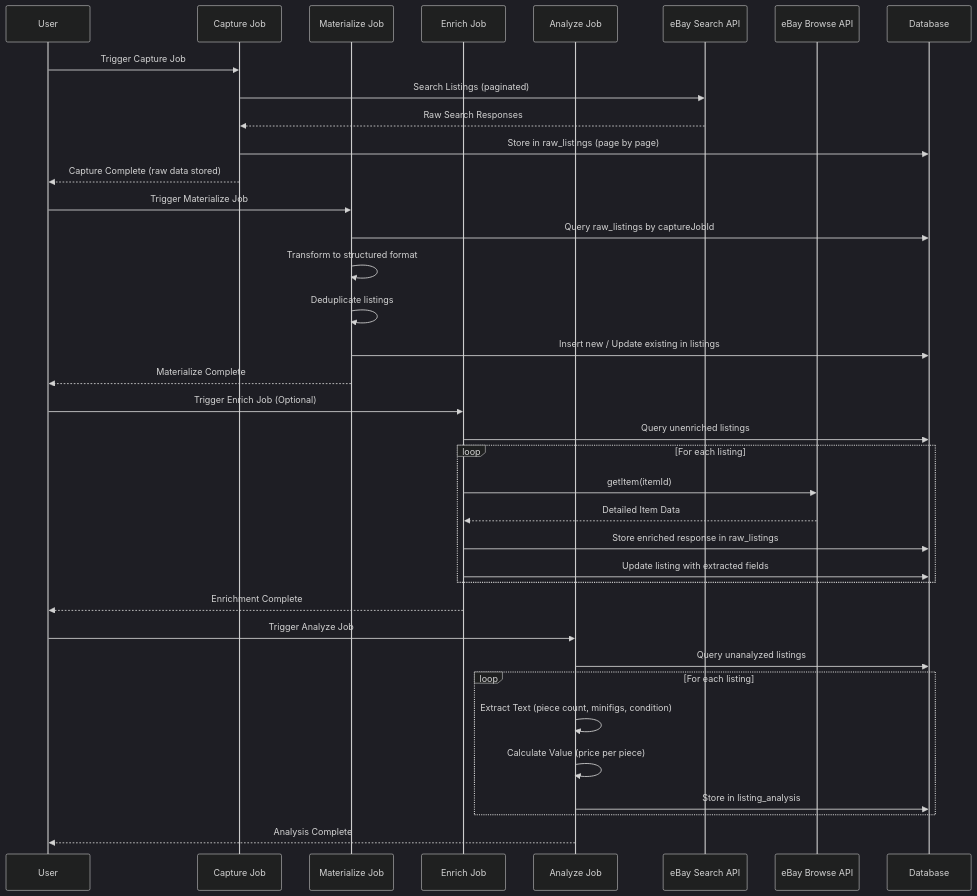
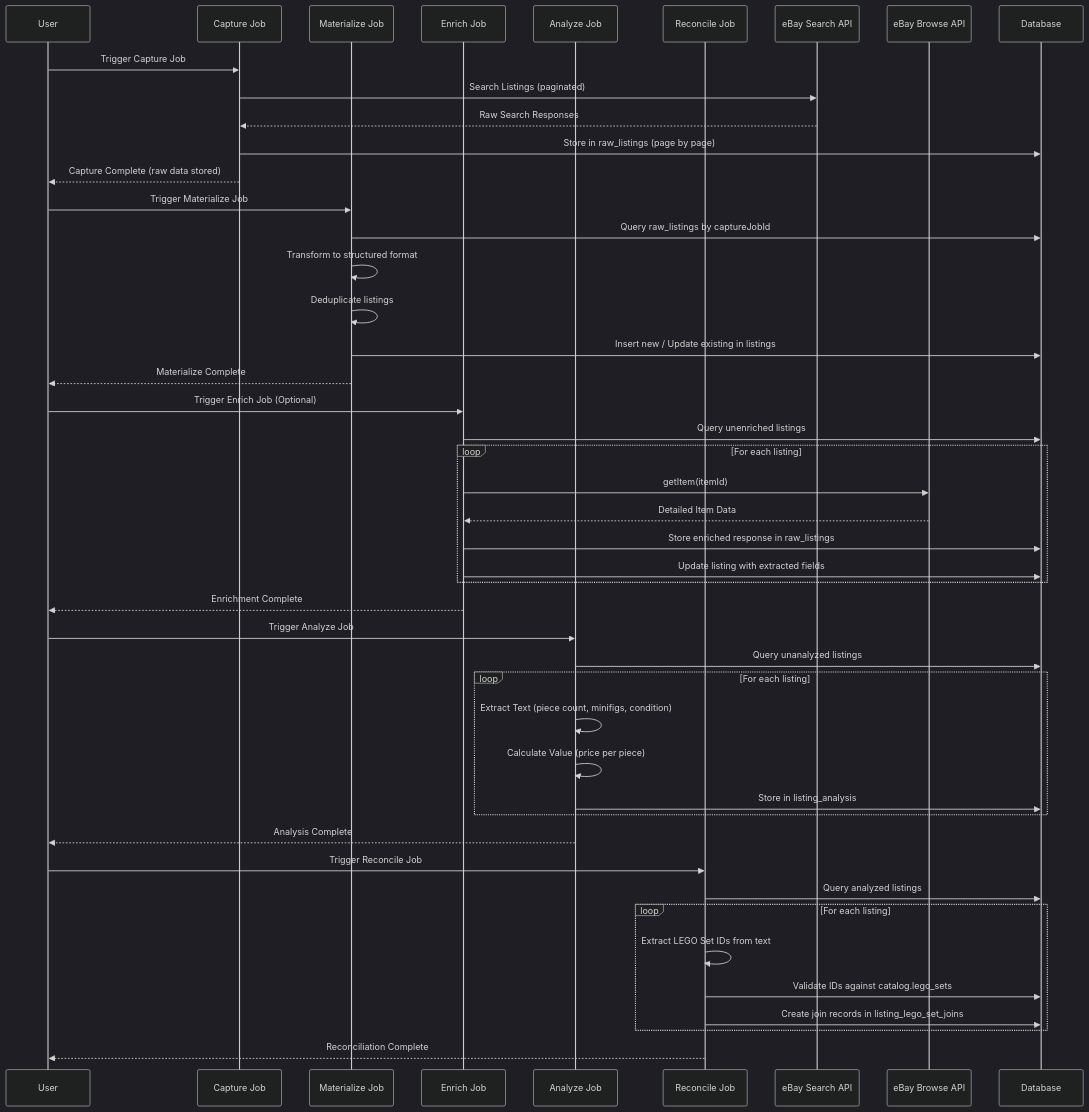
Before and after one commit to jeshuamaxey/brick-index: the second of 3 diagrams in docs/pipeline.md, drawn with Mermaid (dark theme). The commit also changed other lines of this file and 18 other files, not shown here.

First line of the commit message:
feat: add reconcile job to extract and validate LEGO set IDs from listings

````diff
--- a/docs/pipeline.md
+++ b/docs/pipeline.md
@@ -43,43 +50,53 @@
 ```mermaid
 sequenceDiagram
     participant User
     participant Capture as Capture Job
     participant Materialize as Materialize Job
     participant Enrich as Enrich Job
     participant Analyze as Analyze Job
+    participant Reconcile as Reconcile Job
     participant SearchAPI as eBay Search API
     participant BrowseAPI as eBay Browse API
     participant DB as Database
     
     User->>Capture: Trigger Capture Job
     Capture->>SearchAPI: Search Listings (paginated)
     SearchAPI-->>Capture: Raw Search Responses
     Capture->>DB: Store in raw_listings (page by page)
     Capture-->>User: Capture Complete (raw data stored)
     
     User->>Materialize: Trigger Materialize Job
     Materialize->>DB: Query raw_listings by captureJobId
     Materialize->>Materialize: Transform to structured format
     Materialize->>Materialize: Deduplicate listings
     Materialize->>DB: Insert new / Update existing in listings
     Materialize-->>User: Materialize Complete
     
     User->>Enrich: Trigger Enrich Job (Optional)
     Enrich->>DB: Query unenriched listings
     loop For each listing
         Enrich->>BrowseAPI: getItem(itemId)
         BrowseAPI-->>Enrich: Detailed Item Data
         Enrich->>DB: Store enriched response in raw_listings
         Enrich->>DB: Update listing with extracted fields
     end
     Enrich-->>User: Enrichment Complete
     
     User->>Analyze: Trigger Analyze Job
     Analyze->>DB: Query unanalyzed listings
     loop For each listing
         Analyze->>Analyze: Extract Text (piece count, minifigs, condition)
         Analyze->>Analyze: Calculate Value (price per piece)
         Analyze->>DB: Store in listing_analysis
     end
     Analyze-->>User: Analysis Complete
+    
+    User->>Reconcile: Trigger Reconcile Job
+    Reconcile->>DB: Query analyzed listings
+    loop For each listing
+        Reconcile->>Reconcile: Extract LEGO Set IDs from text
+        Reconcile->>DB: Validate IDs against catalog.lego_sets
+        Reconcile->>DB: Create join records in listing_lego_set_joins
+    end
+    Reconcile-->>User: Reconciliation Complete
 ```
````
